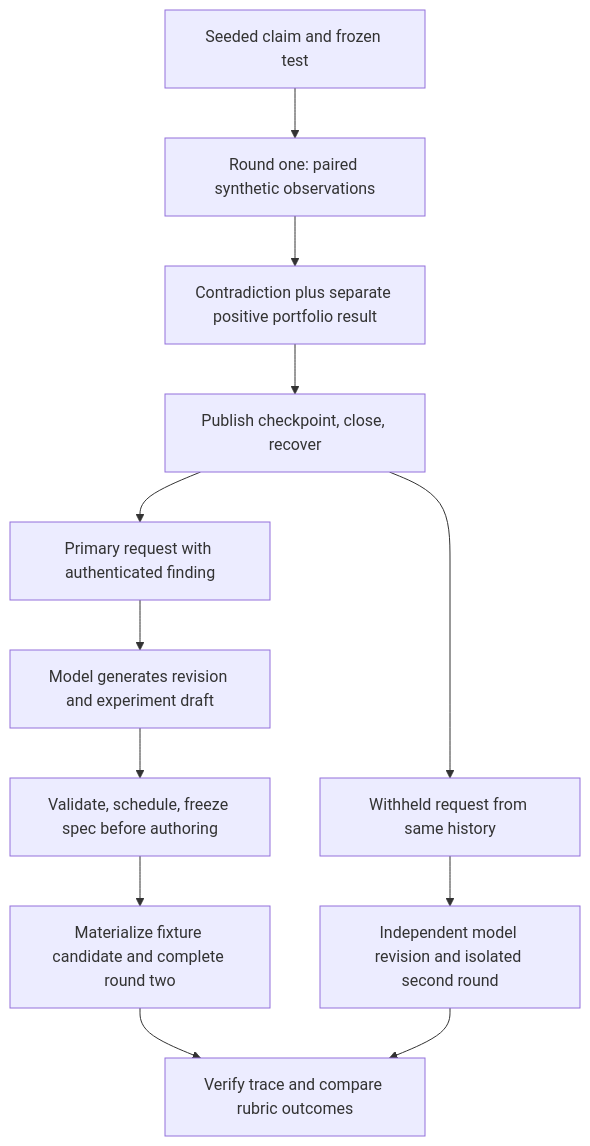
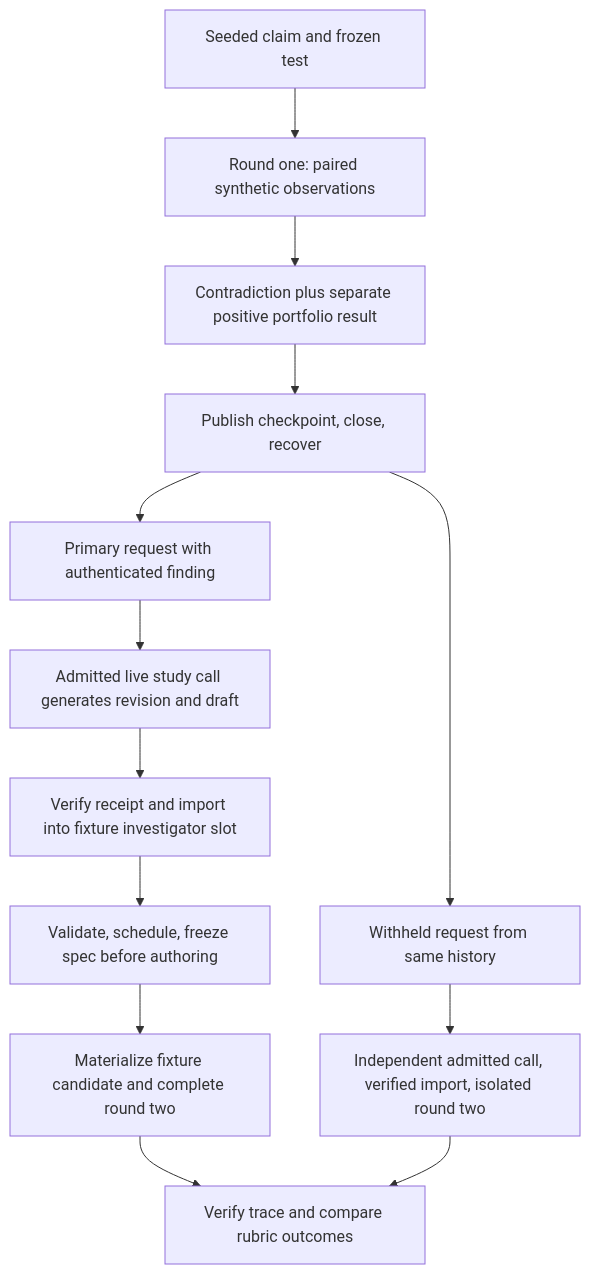
The diagram in docs/superpowers/specs/2026-09-19-v5-two-round-example-design.md (LangkunLong/RS-momentum-EMA-trading-bot), drawn with Mermaid before and after one commit. The commit also changed other lines of this file, not shown here.

Commit message:
Clarify V5 study authority and experimental verification

````diff
--- a/docs/superpowers/specs/2026-09-19-v5-two-round-example-design.md
+++ b/docs/superpowers/specs/2026-09-19-v5-two-round-example-design.md
@@ -41,14 +43,15 @@
 ```mermaid
 flowchart TD
   A[Seeded claim and frozen test] --> B[Round one: paired synthetic observations]
   B --> C[Contradiction plus separate positive portfolio result]
   C --> D[Publish checkpoint, close, recover]
   D --> E[Primary request with authenticated finding]
   D --> F[Withheld request from same history]
-  E --> G[Model generates revision and experiment draft]
-  G --> H[Validate, schedule, freeze spec before authoring]
+  E --> G[Admitted live study call generates revision and draft]
+  G --> L[Verify receipt and import into fixture investigator slot]
+  L --> H[Validate, schedule, freeze spec before authoring]
   H --> I[Materialize fixture candidate and complete round two]
-  F --> J[Independent model revision and isolated second round]
+  F --> J[Independent admitted call, verified import, isolated round two]
   I --> K[Verify trace and compare rubric outcomes]
   J --> K
 ```
````
